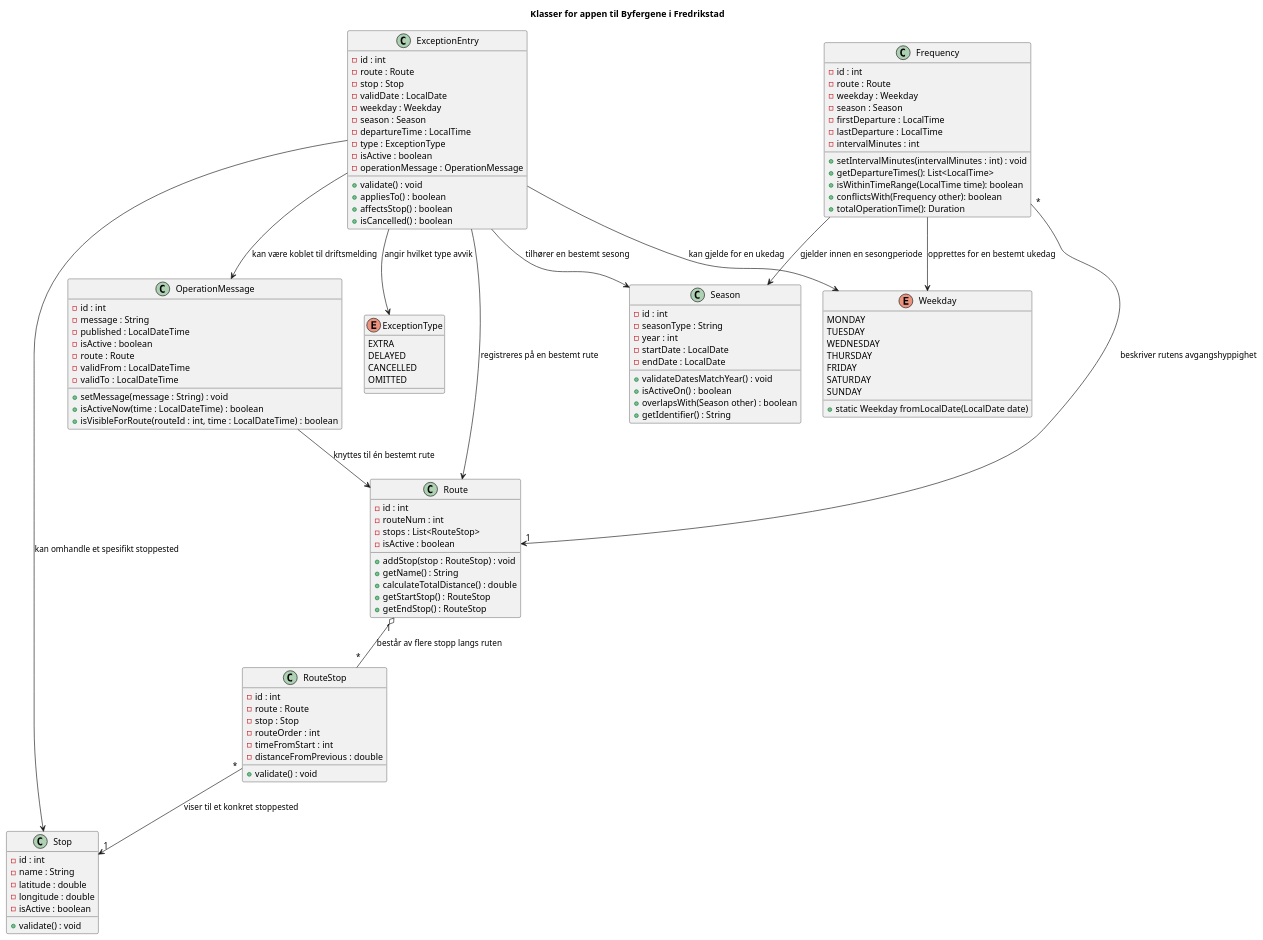
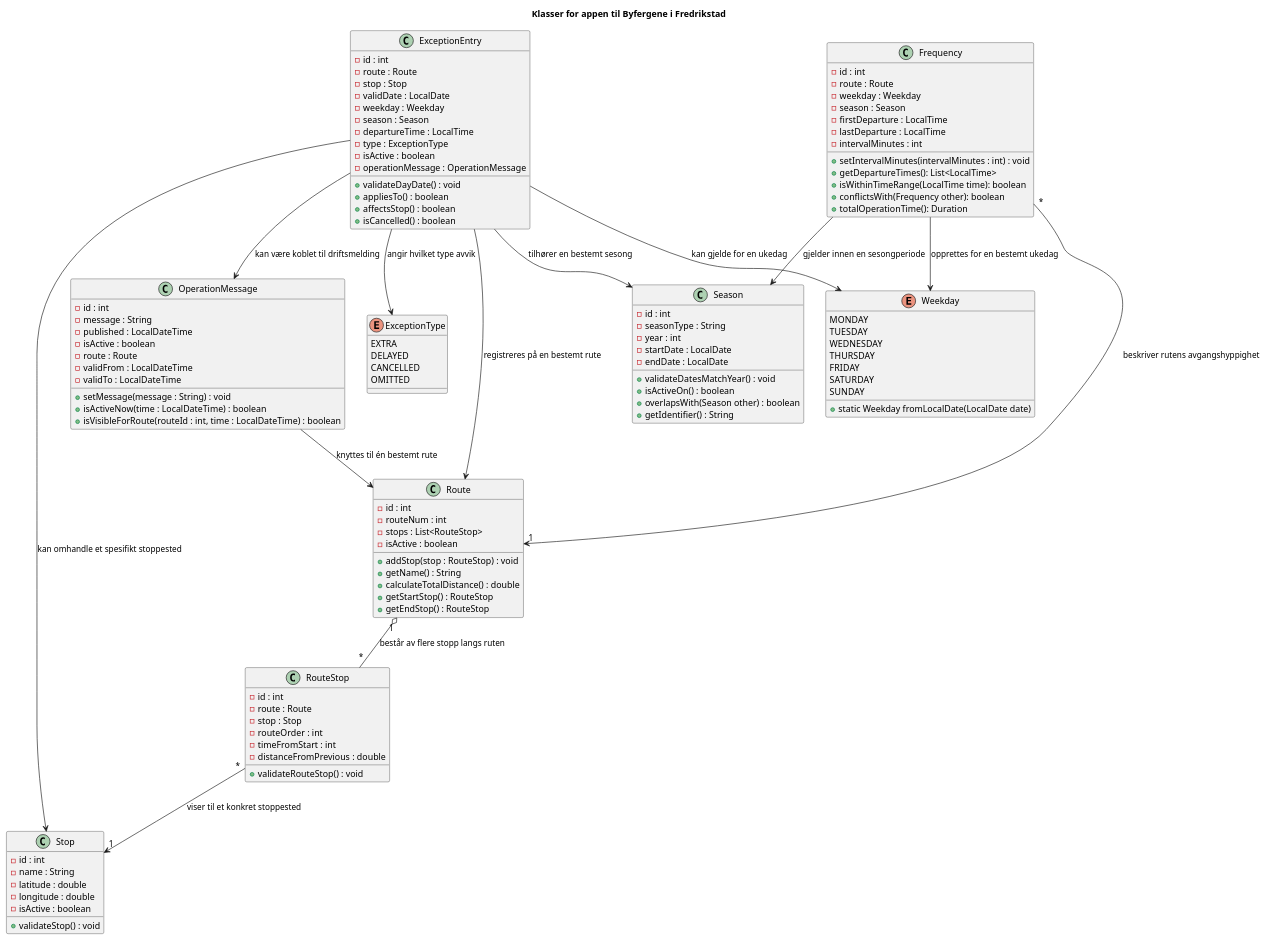
The diagram in docs/Klassediagram-NY.puml (VictoriaElli/SeT15), drawn with PlantUML before and after one commit. The commit also changed 14 other files, not shown here.

```diff
--- a/docs/Klassediagram-NY.puml
+++ b/docs/Klassediagram-NY.puml
@@ -1,143 +1,143 @@
 @startuml
 title Klasser for appen til Byfergene i Fredrikstad
 
 ' ========= Route =========
 class Route {
   - id : int
   - routeNum : int
   - stops : List<RouteStop>
   - isActive : boolean
 
   + addStop(stop : RouteStop) : void
   + getName() : String
   + calculateTotalDistance() : double
   + getStartStop() : RouteStop
   + getEndStop() : RouteStop
 }
 
 ' ========= RouteStop =========
 class RouteStop {
   - id : int
   - route : Route
   - stop : Stop
   - routeOrder : int
   - timeFromStart : int
   - distanceFromPrevious : double
 
-  + validate() : void
+  + validateRouteStop() : void
 }
 
 ' ========= Stop =========
 class Stop {
   - id : int
   - name : String
   - latitude : double
   - longitude : double
   - isActive : boolean
 
-  + validate() : void
+  + validateStop() : void
 }
 
 ' ========= OperationMessage =========
 class OperationMessage {
   - id : int
   - message : String
   - published : LocalDateTime
   - isActive : boolean
   - route : Route
   - validFrom : LocalDateTime
   - validTo : LocalDateTime
 
   + setMessage(message : String) : void
   + isActiveNow(time : LocalDateTime) : boolean
   + isVisibleForRoute(routeId : int, time : LocalDateTime) : boolean
 }
 
 ' ========= ExceptionEntry =========
 class ExceptionEntry {
   - id : int
   - route : Route
   - stop : Stop
   - validDate : LocalDate
   - weekday : Weekday
   - season : Season
   - departureTime : LocalTime
   - type : ExceptionType
   - isActive : boolean
   - operationMessage : OperationMessage
 
-  + validate() : void
+  + validateDayDate() : void
   + appliesTo() : boolean
   + affectsStop() : boolean
   + isCancelled() : boolean
 }
 
 ' ========= Frequency =========
 class Frequency {
   - id : int
   - route : Route
   - weekday : Weekday
   - season : Season
   - firstDeparture : LocalTime
   - lastDeparture : LocalTime
   - intervalMinutes : int
 
   + setIntervalMinutes(intervalMinutes : int) : void
   + getDepartureTimes(): List<LocalTime>
   + isWithinTimeRange(LocalTime time): boolean
   + conflictsWith(Frequency other): boolean
   + totalOperationTime(): Duration
 }
 
 ' ========= Season =========
 class Season {
   - id : int
   - seasonType : String
   - year : int
   - startDate : LocalDate
   - endDate : LocalDate
 
   + validateDatesMatchYear() : void
   + isActiveOn() : boolean
   + overlapsWith(Season other) : boolean
   + getIdentifier() : String
 }
 
 ' ========= Enums =========
 enum Weekday {
   MONDAY
   TUESDAY
   WEDNESDAY
   THURSDAY
   FRIDAY
   SATURDAY
   SUNDAY
 
   + static Weekday fromLocalDate(LocalDate date)
 }
 
 enum ExceptionType {
   EXTRA
   DELAYED
   CANCELLED
   OMITTED
 }
 
 ' ========= Relasjoner (mer naturlige beskrivelser) =========
 Route "1" o-- "*" RouteStop : består av flere stopp langs ruten
 RouteStop "*" --> "1" Stop : viser til et konkret stoppested
 
 OperationMessage --> Route : knyttes til én bestemt rute
 
 Frequency "*" --> "1" Route : beskriver rutens avgangshyppighet
 Frequency --> Weekday : opprettes for en bestemt ukedag
 Frequency --> Season : gjelder innen en sesongperiode
 
 ExceptionEntry --> Route : registreres på en bestemt rute
 ExceptionEntry --> Stop : kan omhandle et spesifikt stoppested
 ExceptionEntry --> Weekday : kan gjelde for en ukedag
 ExceptionEntry --> Season : tilhører en bestemt sesong
 ExceptionEntry --> ExceptionType : angir hvilket type avvik
 ExceptionEntry --> OperationMessage : kan være koblet til driftsmelding
 
 @enduml
```
